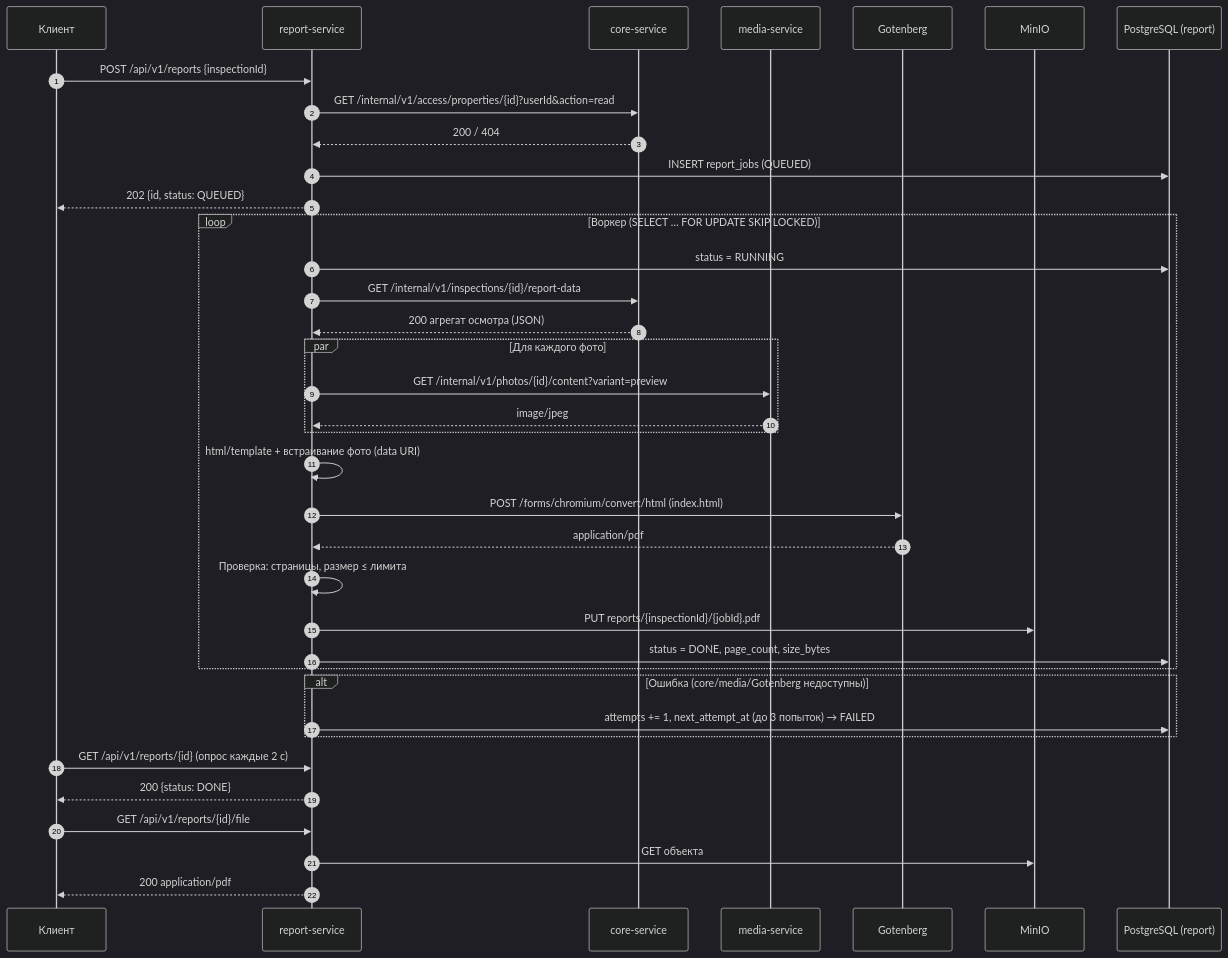
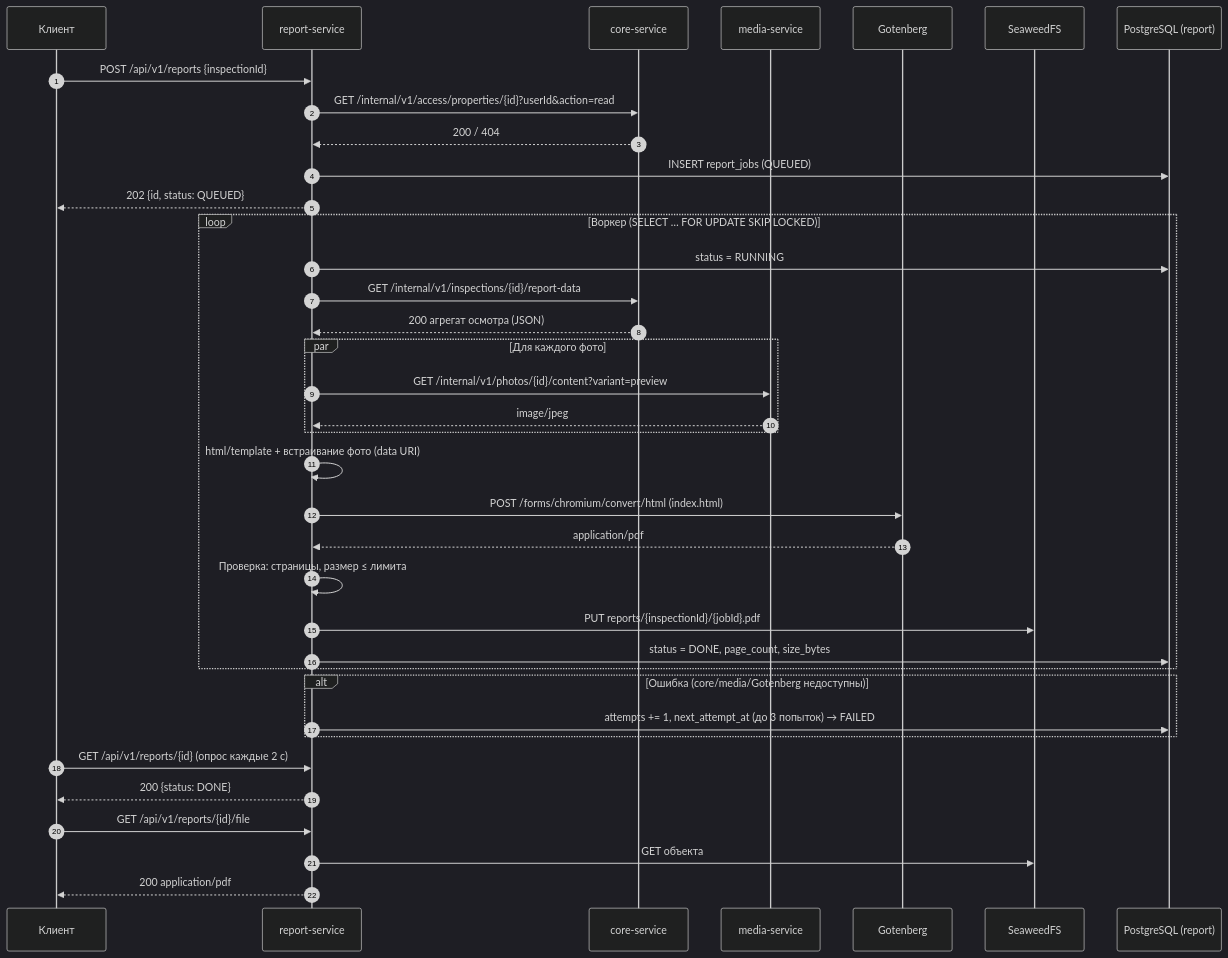
One commit to inspecto-system/platform changed the diagram in docs/architecture/diagrams/seq-report.mmd. Above: the diagram before and after it, drawn with Mermaid (dark theme). The commit also changed 34 other files, not shown here.

```diff
--- a/docs/architecture/diagrams/seq-report.mmd
+++ b/docs/architecture/diagrams/seq-report.mmd
@@ -1,37 +1,37 @@
 sequenceDiagram
     autonumber
     participant CL as Клиент
     participant R as report-service
     participant C as core-service
     participant M as media-service
     participant G as Gotenberg
-    participant S3 as MinIO
+    participant S3 as SeaweedFS
     participant DB as PostgreSQL (report)
     CL->>R: POST /api/v1/reports {inspectionId}
     R->>C: GET /internal/v1/access/properties/{id}?userId&action=read
     C-->>R: 200 / 404
     R->>DB: INSERT report_jobs (QUEUED)
     R-->>CL: 202 {id, status: QUEUED}
     loop Воркер (SELECT … FOR UPDATE SKIP LOCKED)
         R->>DB: status = RUNNING
         R->>C: GET /internal/v1/inspections/{id}/report-data
         C-->>R: 200 агрегат осмотра (JSON)
         par Для каждого фото
             R->>M: GET /internal/v1/photos/{id}/content?variant=preview
             M-->>R: image/jpeg
         end
         R->>R: html/template + встраивание фото (data URI)
         R->>G: POST /forms/chromium/convert/html (index.html)
         G-->>R: application/pdf
         R->>R: Проверка: страницы, размер ≤ лимита
         R->>S3: PUT reports/{inspectionId}/{jobId}.pdf
         R->>DB: status = DONE, page_count, size_bytes
     end
     alt Ошибка (core/media/Gotenberg недоступны)
         R->>DB: attempts += 1, next_attempt_at (до 3 попыток) → FAILED
     end
     CL->>R: GET /api/v1/reports/{id} (опрос каждые 2 с)
     R-->>CL: 200 {status: DONE}
     CL->>R: GET /api/v1/reports/{id}/file
     R->>S3: GET объекта
     R-->>CL: 200 application/pdf
```
